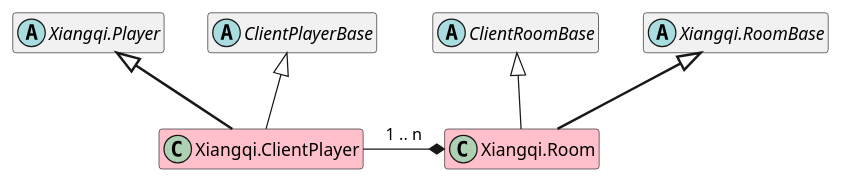
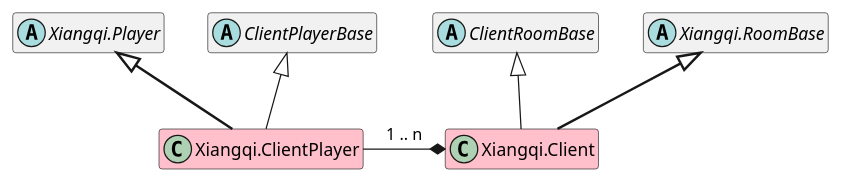
One commit to Qsgs-Fans/fkbook-all-in-one changed the diagram in for-boardgame-creators/uml/client-class.puml. Above: the diagram before and after it, drawn with PlantUML. The commit also changed 4 other files, not shown here.

```diff
--- a/for-boardgame-creators/uml/client-class.puml
+++ b/for-boardgame-creators/uml/client-class.puml
@@ -1,23 +1,23 @@
 @startuml
 hide empty members
 
 abstract class ClientPlayerBase
 abstract class ClientRoomBase
 abstract class "Xiangqi.Player" as MyPlayer
 abstract class "Xiangqi.RoomBase" as MyRoomBase
 class "Xiangqi.ClientPlayer" as MyClientPlayer #pink
-class "Xiangqi.Room" as MyRoom #pink
+class "Xiangqi.Client" as MyClient #pink
 
 MyPlayer <|-d[thickness=2]- MyClientPlayer
-MyRoomBase <|-d[thickness=2]- MyRoom
+MyRoomBase <|-d[thickness=2]- MyClient
 
 MyClientPlayer -u-|> ClientPlayerBase 
-MyRoom -u-|> ClientRoomBase 
+MyClient -u-|> ClientRoomBase 
 
-MyClientPlayer -r-* MyRoom: 1 .. n
+MyClientPlayer -r-* MyClient: 1 .. n
 'MyPlayer .r.* MyRoomBase
 
 ClientPlayerBase -l[hidden]- MyPlayer
 ClientRoomBase -r[hidden]- MyRoomBase
 
 @enduml
```
